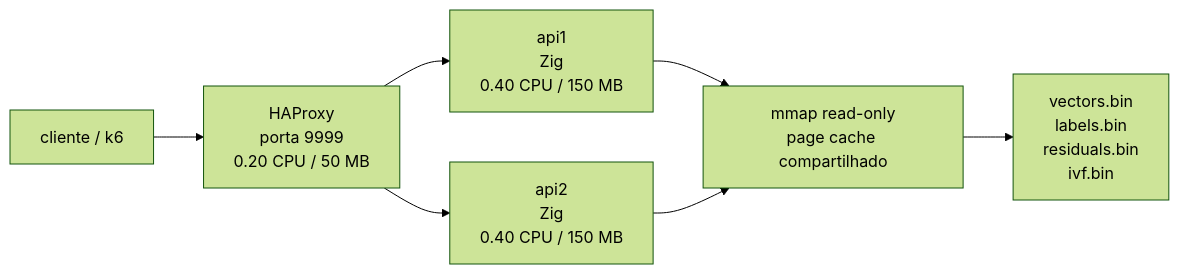
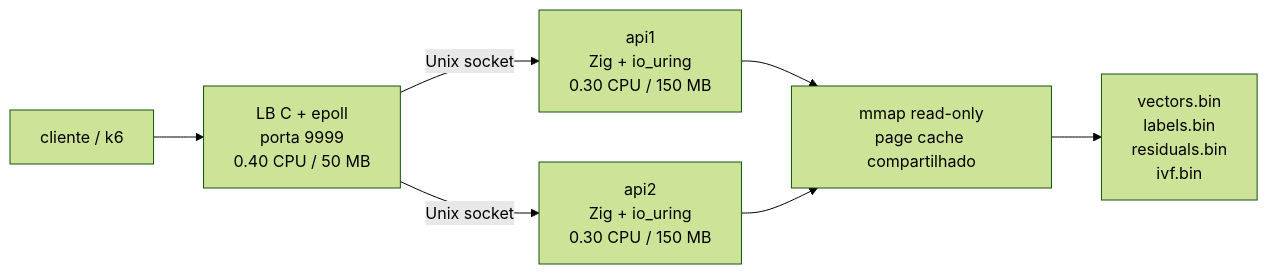
Before and after one commit to cleissonbarbosa/rinha-backend-2026-ispc: the first of 5 diagrams in docs/tecnica.md, drawn with Mermaid (forest theme). The commit also changed other lines of this file and 15 other files, not shown here.

````diff
--- a/docs/tecnica.md
+++ b/docs/tecnica.md
@@ -7,9 +7,9 @@
 ```mermaid
 flowchart LR
-  client["cliente / k6"] --> lb["HAProxy<br/>porta 9999<br/>0.20 CPU / 50 MB"]
-  lb --> api1["api1<br/>Zig<br/>0.40 CPU / 150 MB"]
-  lb --> api2["api2<br/>Zig<br/>0.40 CPU / 150 MB"]
+  client["cliente / k6"] --> lb["LB C + epoll<br/>porta 9999<br/>0.40 CPU / 50 MB"]
+  lb -->|Unix socket| api1["api1<br/>Zig + io_uring<br/>0.30 CPU / 150 MB"]
+  lb -->|Unix socket| api2["api2<br/>Zig + io_uring<br/>0.30 CPU / 150 MB"]
   api1 --> mm["mmap read-only<br/>page cache compartilhado"]
   api2 --> mm
   mm --> bins["vectors.bin<br/>labels.bin<br/>residuals.bin<br/>ivf.bin"]
 ```
````
